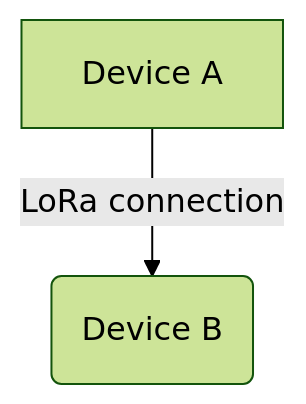
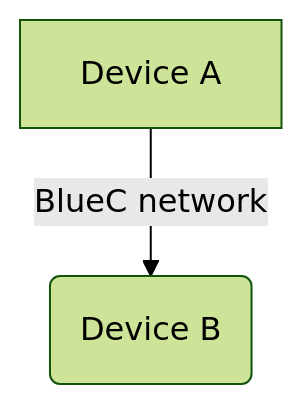
Before and after one commit to chiemsee-computer-club/BlueC-Firmware: the diagram in README.md, drawn with Mermaid (forest theme).

````diff
--- a/README.md
+++ b/README.md
@@ -6,4 +6,4 @@
 ```mermaid {theme="hand"}
 graph TD
-    A[Device A] -->|LoRa connection| B(Device B)
+    A[Device A] -->|BlueC network| B(Device B)
 ```
````
